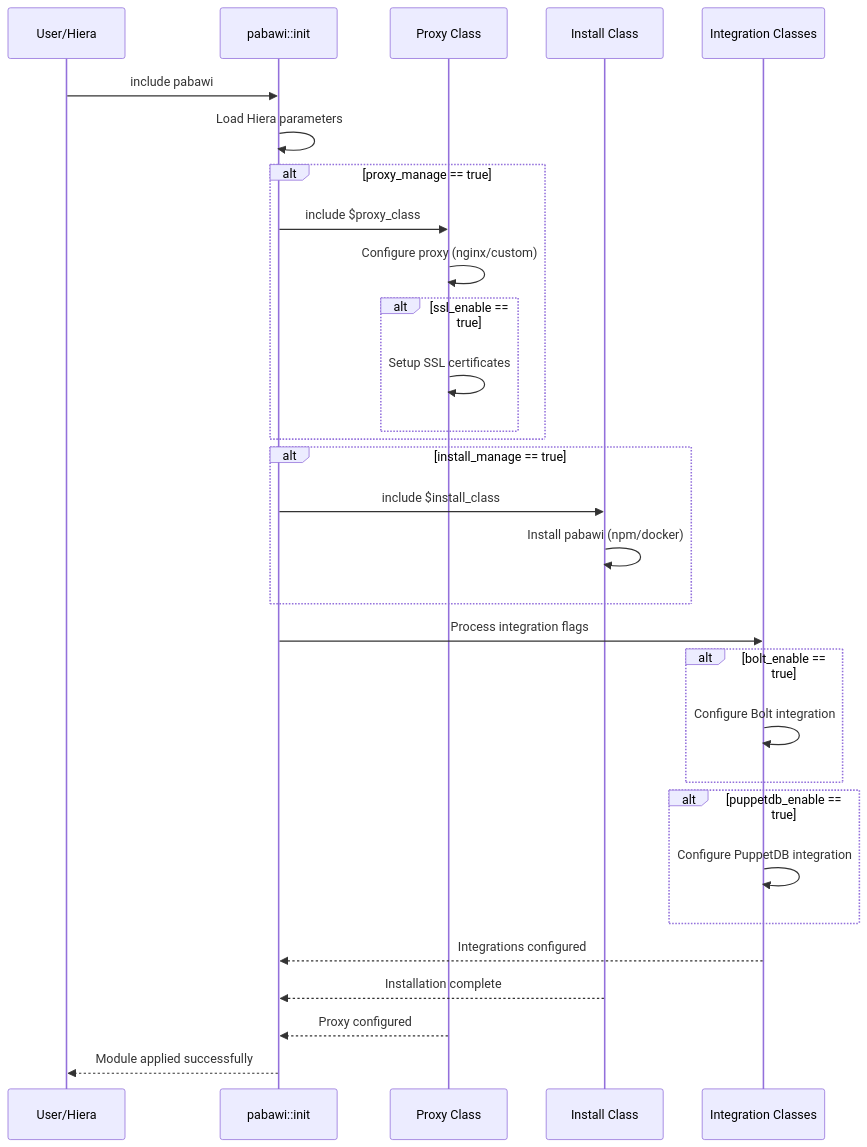
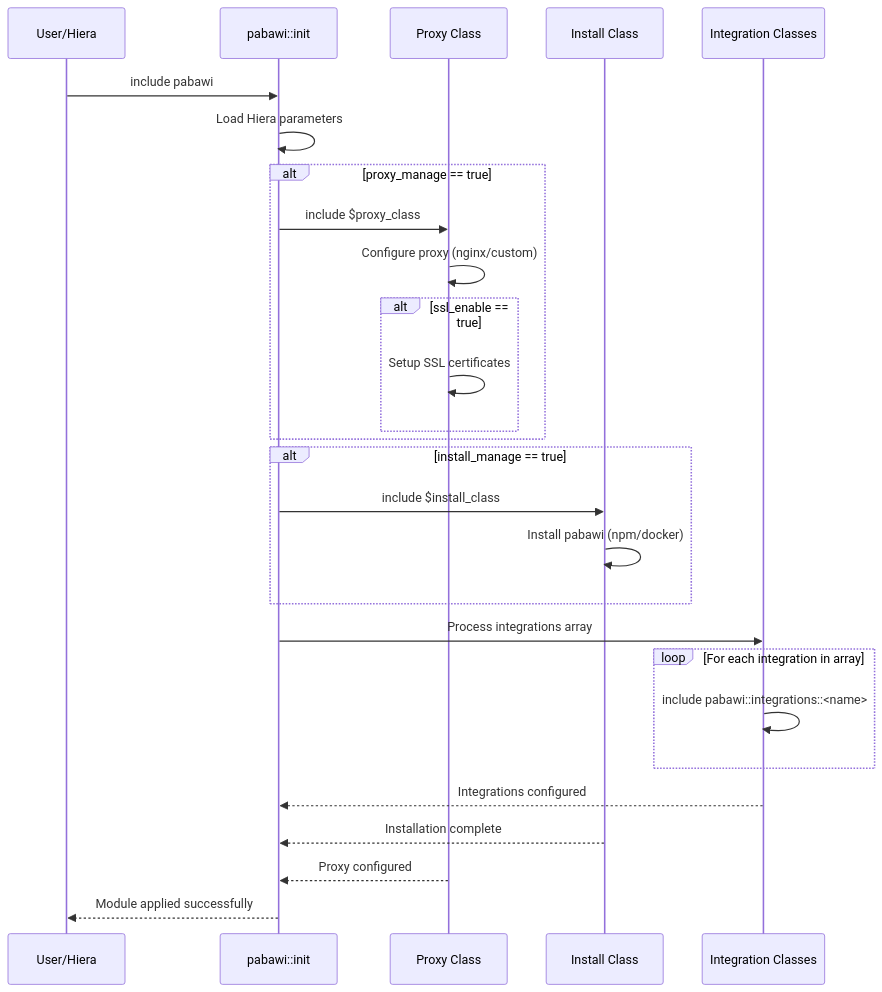
Before and after one commit to example42/puppet-pabawi: the second of 3 diagrams in .kiro/puppet-pabawi-module/design.md, drawn with Mermaid. The commit also changed other lines of this file and 8 other files, not shown here.

First line of the commit message:
refactor(puppet-pabawi): simplify integrations from flags to array

````diff
--- a/.kiro/puppet-pabawi-module/design.md
+++ b/.kiro/puppet-pabawi-module/design.md
@@ -47,39 +43,35 @@
 ```mermaid
 sequenceDiagram
     participant User as User/Hiera
     participant Init as pabawi::init
     participant Proxy as Proxy Class
     participant Install as Install Class
     participant Integrations as Integration Classes
     
     User->>Init: include pabawi
     Init->>Init: Load Hiera parameters
     
     alt proxy_manage == true
         Init->>Proxy: include $proxy_class
         Proxy->>Proxy: Configure proxy (nginx/custom)
         alt ssl_enable == true
             Proxy->>Proxy: Setup SSL certificates
         end
     end
     
     alt install_manage == true
         Init->>Install: include $install_class
         Install->>Install: Install pabawi (npm/docker)
     end
     
-    Init->>Integrations: Process integration flags
+    Init->>Integrations: Process integrations array
     
-    alt bolt_enable == true
-        Integrations->>Integrations: Configure Bolt integration
-    end
-    
-    alt puppetdb_enable == true
-        Integrations->>Integrations: Configure PuppetDB integration
+    loop For each integration in array
+        Integrations->>Integrations: include pabawi::integrations::<name>
     end
     
     Integrations-->>Init: Integrations configured
     Install-->>Init: Installation complete
     Proxy-->>Init: Proxy configured
     Init-->>User: Module applied successfully
 ```
````
